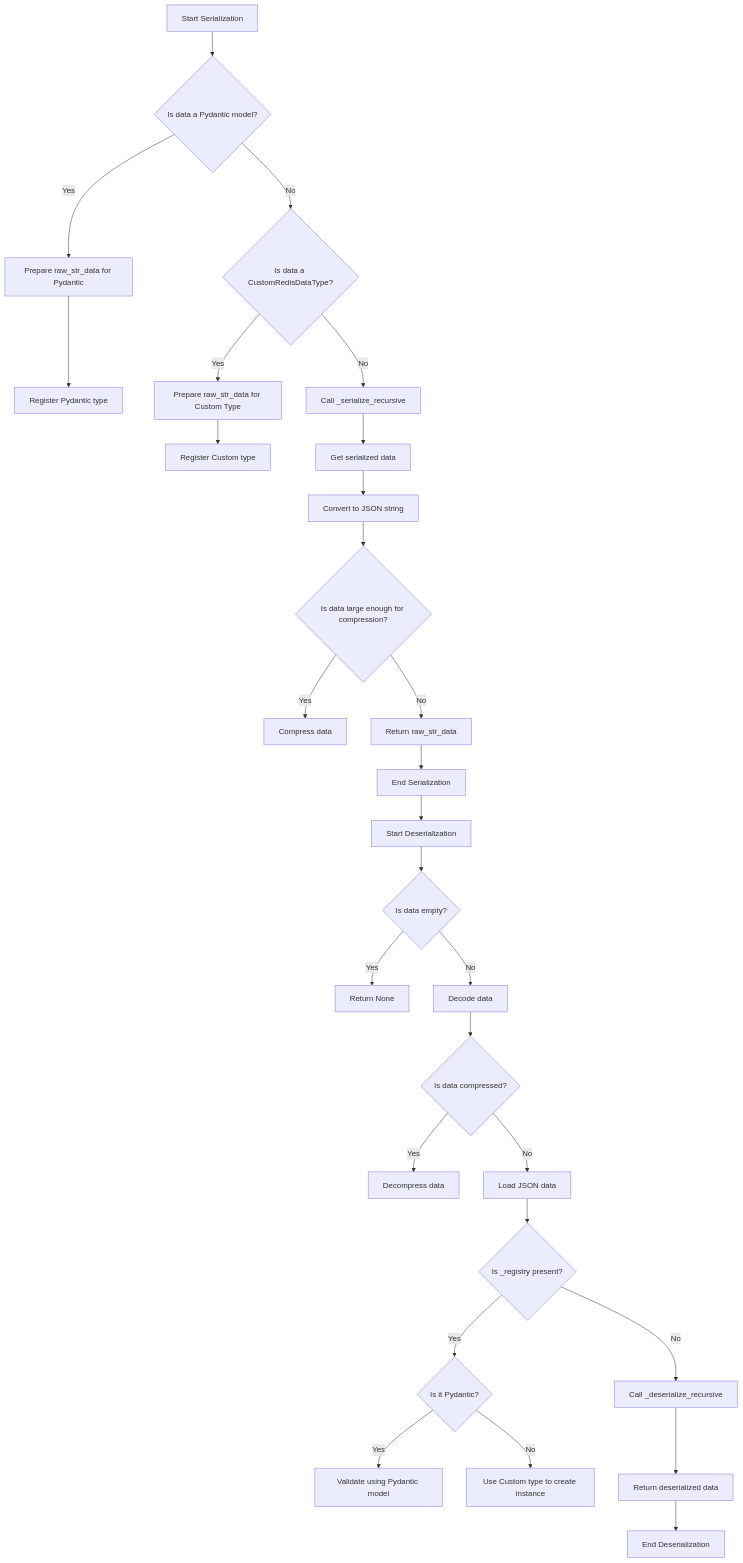
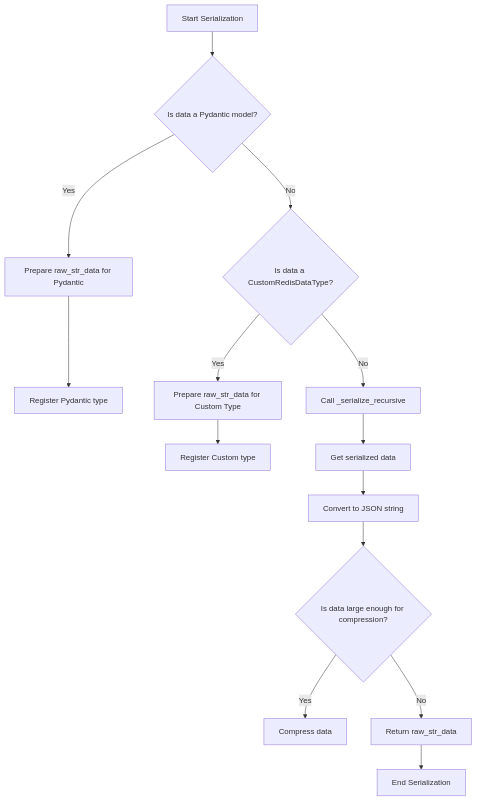
Before and after one commit to vndee/redis-data-structures: the first of 2 diagrams in docs/type_preservation.md, drawn with Mermaid.

Commit message:
Refactor type_preservation.md to fix broken links in examples

````diff
--- a/docs/type_preservation.md
+++ b/docs/type_preservation.md
@@ -176,34 +176,17 @@
 ```mermaid
 graph TD
     A[Start Serialization] --> B{Is data a Pydantic model?}
     B -- Yes --> C[Prepare raw_str_data for Pydantic]
     C --> D[Register Pydantic type]
     B -- No --> E{Is data a CustomRedisDataType?}
     E -- Yes --> F[Prepare raw_str_data for Custom Type]
     F --> G[Register Custom type]
     E -- No --> H[Call _serialize_recursive]
     H --> I[Get serialized data]
     I --> J[Convert to JSON string]
     J --> K{Is data large enough for compression?}
     K -- Yes --> L[Compress data]
     K -- No --> M[Return raw_str_data]
     
     M --> N[End Serialization]
-
-    %% Deserialization Process
-    N --> O[Start Deserialization]
-    O --> P{Is data empty?}
-    P -- Yes --> Q[Return None]
-    P -- No --> R[Decode data]
-    R --> S{Is data compressed?}
-    S -- Yes --> T[Decompress data]
-    S -- No --> U[Load JSON data]
-    U --> V{Is _registry present?}
-    V -- Yes --> W{Is it Pydantic?}
-    W -- Yes --> X[Validate using Pydantic model]
-    W -- No --> Y[Use Custom type to create instance]
-    V -- No --> Z[Call _deserialize_recursive]
-    Z --> AA[Return deserialized data]
-
-    AA --> AB[End Deserialization]
 ```
````
